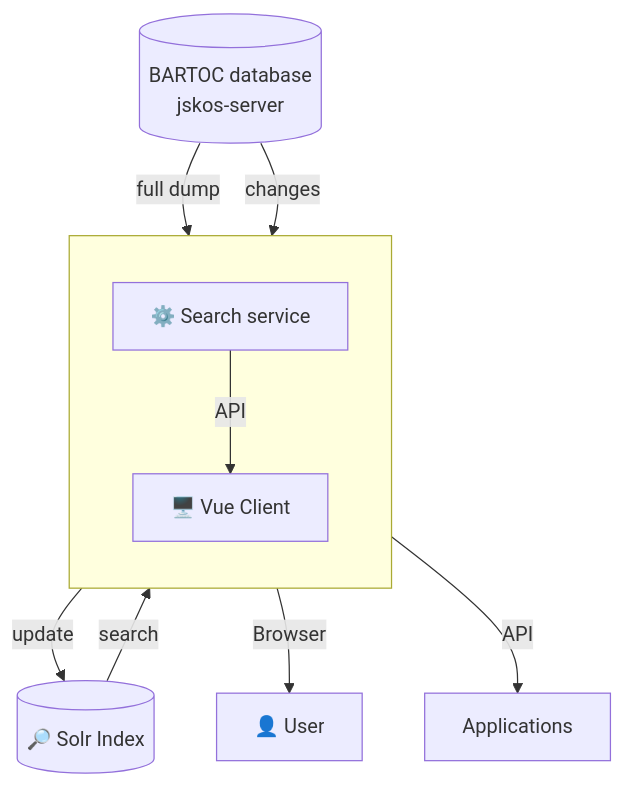
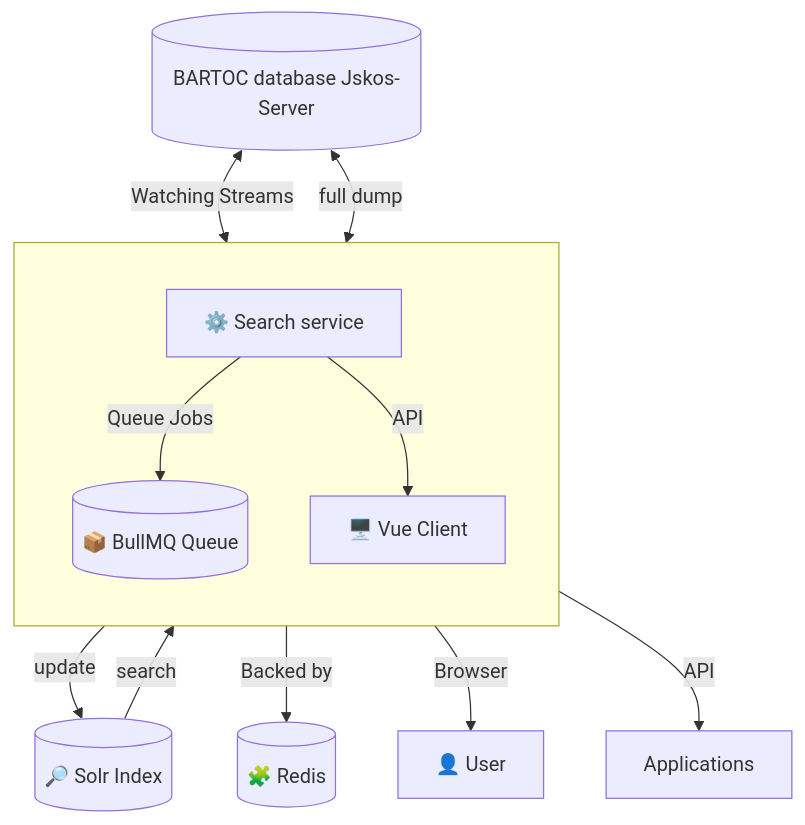
The diagram in README.md (gbv/bartoc-search), drawn with Mermaid before and after one commit. The commit also changed other lines of this file and 13 other files, not shown here.

```diff
--- a/README.md
+++ b/README.md
@@ -226,22 +12,31 @@
 ~~~mermaid
 graph TD
   Solr[(🔎 Solr Index)]
-  DB[("BARTOC database<br>jskos-server")]
-  subgraph bartoc-search [ ]
+  DB[(BARTOC database Jskos-Server)]
+  Redis[(🧩 Redis)]
+  BullMQ[(📦 BullMQ Queue)]
+  subgraph search service [ ]
     direction TB
     Server[⚙️ Search service]
+    BullMQ[(📦 BullMQ Queue)]
     Client[🖥️ Vue Client]
   end
+  Client[🖥️ Vue Client]
 
   User[👤 User]
 
-  DB -- full dump --> Server
-  DB -- changes --> Server
+  Applications
 
+  %% FLOWS %%
+  DB <-- "Watching Streams" --> Server
+  DB <-- "full dump" --> Server
   Server -->|update| Solr
-  Solr   -->|search| Server
+  Solr -->|search| Server
 
-  Server --API --> Client
-  Client -- Browser --> User
-  Server -- API     --> Applications
+  Server -- "Queue Jobs" --> BullMQ
+  BullMQ -- "Backed by" --> Redis
+
+  Client -- "Browser" --> User
+  Server -- "API" --> Applications
+  Server -- "API" --> Client
 ~~~
```
